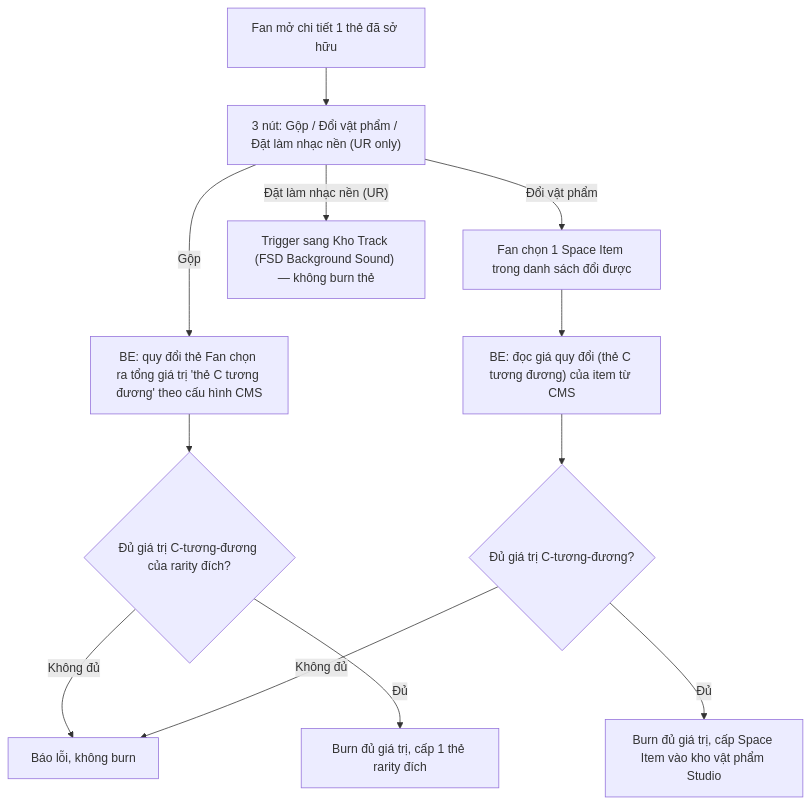
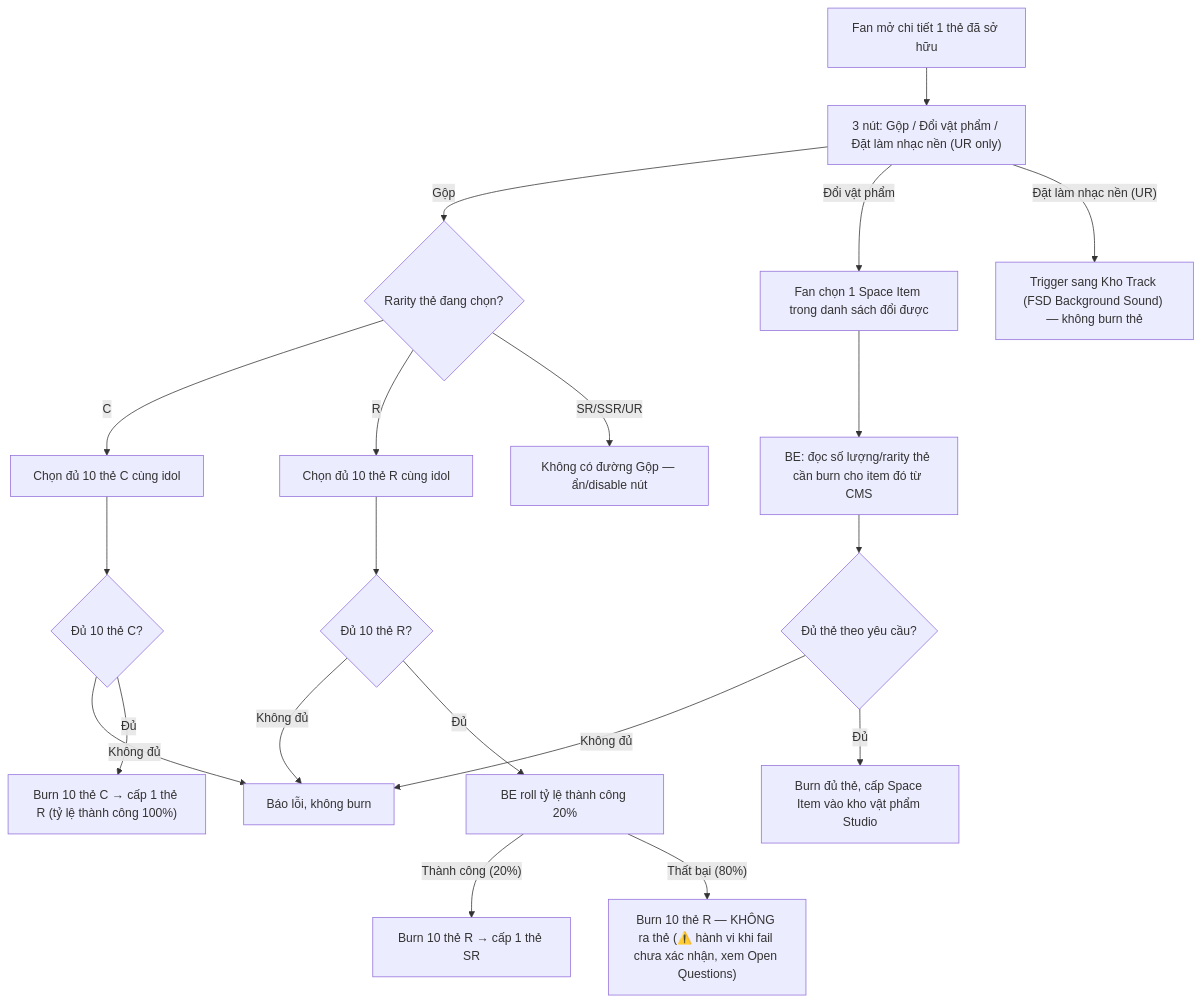
Before and after one commit to chrishieu/fana-analysis: the third of 3 diagrams in FSD_mvp2_Ecard_Collect_Burn.md, drawn with Mermaid. The commit also changed other lines of this file, not shown here.

Commit message:
Update FSD for MVP2 E-card Collect & Burn feature: refine references, clarify mechanics for card merging and item exchange, and enhance user stories.

````diff
--- a/FSD_mvp2_Ecard_Collect_Burn.md
+++ b/FSD_mvp2_Ecard_Collect_Burn.md
@@ -138,14 +138,27 @@
 ```mermaid
 flowchart TD
     A["Fan mở chi tiết 1 thẻ đã sở hữu"] --> B["3 nút: Gộp / Đổi vật phẩm / Đặt làm nhạc nền (UR only)"]
-    B -- Gộp --> C["BE: quy đổi thẻ Fan chọn ra tổng giá trị 'thẻ C tương đương' theo cấu hình CMS"]
-    C --> D{"Đủ giá trị C-tương-đương của rarity đích?"}
-    D -- Không đủ --> E["Báo lỗi, không burn"]
-    D -- Đủ --> F["Burn đủ giá trị, cấp 1 thẻ rarity đích"]
-    B -- "Đổi vật phẩm" --> G["Fan chọn 1 Space Item trong danh sách đổi được"]
-    G --> H["BE: đọc giá quy đổi (thẻ C tương đương) của item từ CMS"]
-    H --> I{"Đủ giá trị C-tương-đương?"}
-    I -- Không đủ --> E
-    I -- Đủ --> J["Burn đủ giá trị, cấp Space Item vào kho vật phẩm Studio"]
-    B -- "Đặt làm nhạc nền (UR)" --> K["Trigger sang Kho Track (FSD Background Sound) — không burn thẻ"]
+
+    B -- Gộp --> C{"Rarity thẻ đang chọn?"}
+    C -- C --> D["Chọn đủ 10 thẻ C cùng idol"]
+    C -- R --> E["Chọn đủ 10 thẻ R cùng idol"]
+    C -- "SR/SSR/UR" --> F["Không có đường Gộp — ẩn/disable nút"]
+
+    D --> G{"Đủ 10 thẻ C?"}
+    G -- Không đủ --> H["Báo lỗi, không burn"]
+    G -- Đủ --> I["Burn 10 thẻ C → cấp 1 thẻ R (tỷ lệ thành công 100%)"]
+
+    E --> J{"Đủ 10 thẻ R?"}
+    J -- Không đủ --> H
+    J -- Đủ --> K["BE roll tỷ lệ thành công 20%"]
+    K -- "Thành công (20%)" --> L["Burn 10 thẻ R → cấp 1 thẻ SR"]
+    K -- "Thất bại (80%)" --> M["Burn 10 thẻ R — KHÔNG ra thẻ (⚠️ hành vi khi fail chưa xác nhận, xem Open Questions)"]
+
+    B -- "Đổi vật phẩm" --> N["Fan chọn 1 Space Item trong danh sách đổi được"]
+    N --> O["BE: đọc số lượng/rarity thẻ cần burn cho item đó từ CMS"]
+    O --> P{"Đủ thẻ theo yêu cầu?"}
+    P -- Không đủ --> H
+    P -- Đủ --> Q["Burn đủ thẻ, cấp Space Item vào kho vật phẩm Studio"]
+
+    B -- "Đặt làm nhạc nền (UR)" --> R["Trigger sang Kho Track (FSD Background Sound) — không burn thẻ"]
 ```
````
